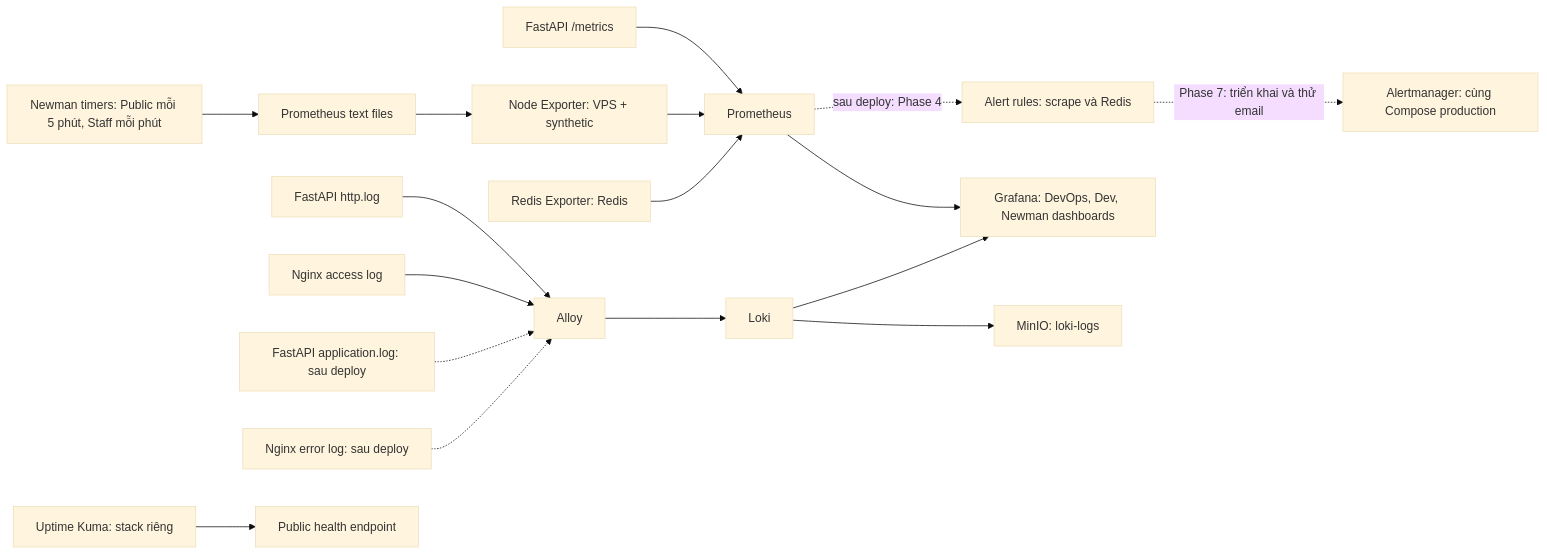
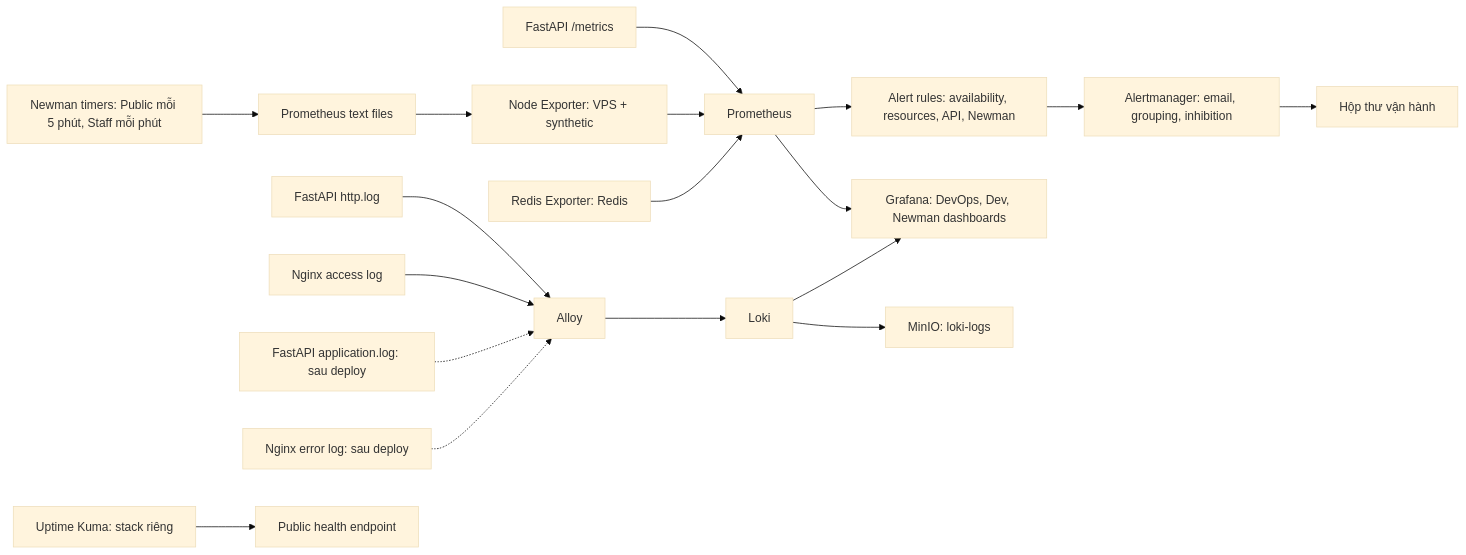
One commit to vothanhphu9x-pixel/superstore_ecommerce changed the diagram in docs/deploy/monitoring/system_architecture_lineage.md. Above: the diagram before and after it, drawn with Mermaid (base theme). The commit also changed other lines of this file and 33 other files, not shown here.

Commit message:
SUP-180 feat: add new alert rules of prometheus

````diff
--- a/docs/deploy/monitoring/system_architecture_lineage.md
+++ b/docs/deploy/monitoring/system_architecture_lineage.md
@@ -10,21 +10,22 @@
 ```mermaid
 flowchart LR
     API[FastAPI /metrics] --> P[Prometheus]
     N[Newman timers: Public mỗi 5 phút, Staff mỗi phút] --> F[Prometheus text files]
     F --> NE[Node Exporter: VPS + synthetic]
     NE --> P
     RE[Redis Exporter: Redis] --> P
     P --> G[Grafana: DevOps, Dev, Newman dashboards]
-    P -. sau deploy: Phase 4 .-> AR[Alert rules: scrape và Redis]
-    AR -. Phase 7: triển khai và thử email .-> AM[Alertmanager: cùng Compose production]
+    P --> AR[Alert rules: availability, resources, API, Newman]
+    AR --> AM[Alertmanager: email, grouping, inhibition]
+    AM --> E[Hộp thư vận hành]
 
     AH[FastAPI http.log] --> A[Alloy]
     NG[Nginx access log] --> A
     APP[FastAPI application.log: sau deploy] -.-> A
     NELOG[Nginx error log: sau deploy] -.-> A
     A --> L[Loki]
     L --> M[MinIO: loki-logs]
     L --> G
 
     K[Uptime Kuma: stack riêng] --> PUB[Public health endpoint]
 ```
````
